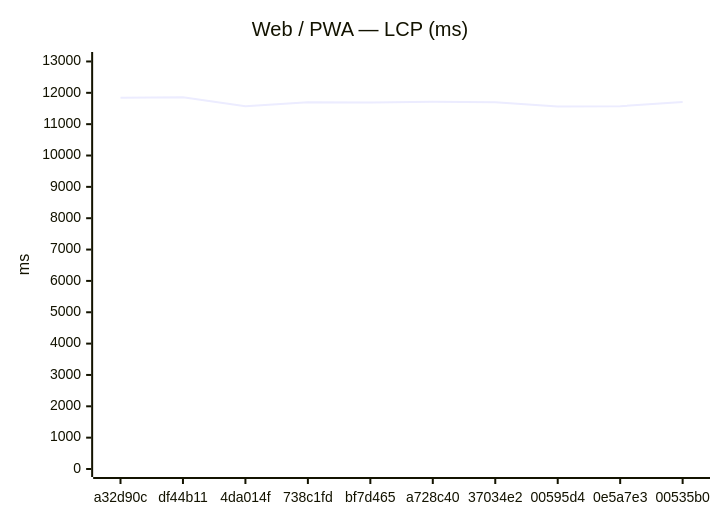
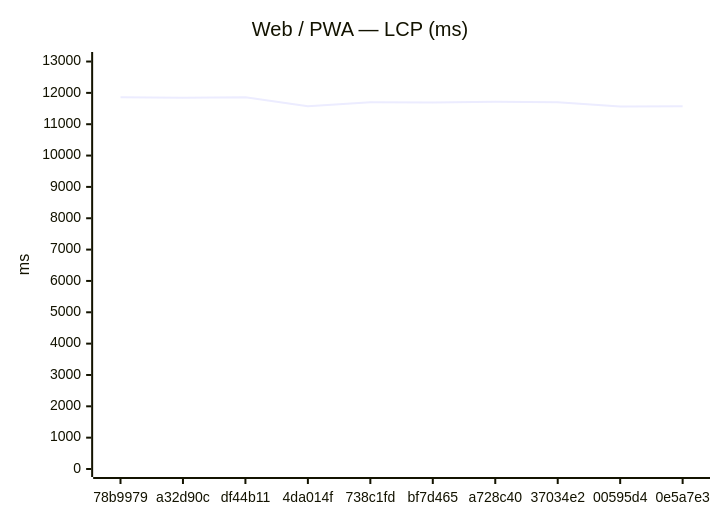
Before and after one commit to Metaheurist/Rianell: the first of 24 diagrams in benchmarks/compare.md, drawn with Mermaid. The commit also changed other lines of this file and 12 other files, not shown here.

````diff
--- a/benchmarks/compare.md
+++ b/benchmarks/compare.md
@@ -24,7 +24,7 @@
 ```mermaid
 xychart-beta
     title "Web / PWA — LCP (ms)"
-    x-axis ["a32d90c", "df44b11", "4da014f", "738c1fd", "bf7d465", "a728c40", "37034e2", "00595d4", "0e5a7e3", "00535b0"]
-    y-axis "ms" 0 --> 13047
-    line [11845, 11860, 11572, 11701, 11691, 11716, 11698, 11566, 11571, 11711]
+    x-axis ["78b9979", "a32d90c", "df44b11", "4da014f", "738c1fd", "bf7d465", "a728c40", "37034e2", "00595d4", "0e5a7e3"]
+    y-axis "ms" 0 --> 13049
+    line [11862, 11845, 11860, 11572, 11701, 11691, 11716, 11698, 11566, 11571]
 ```
````
